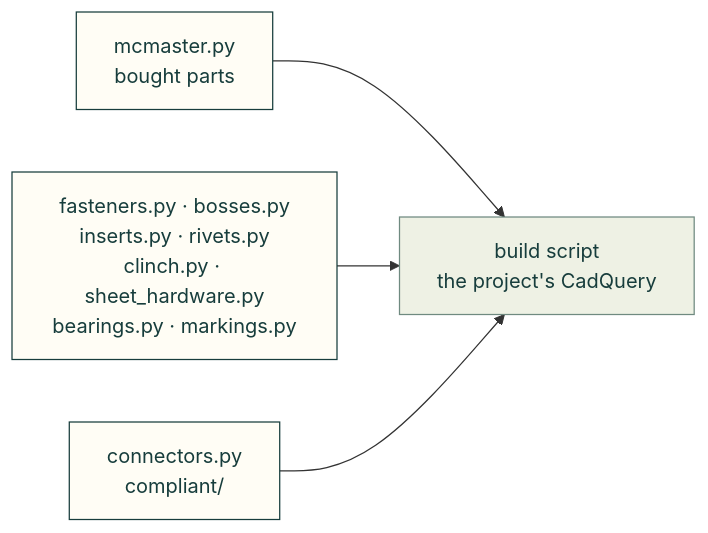
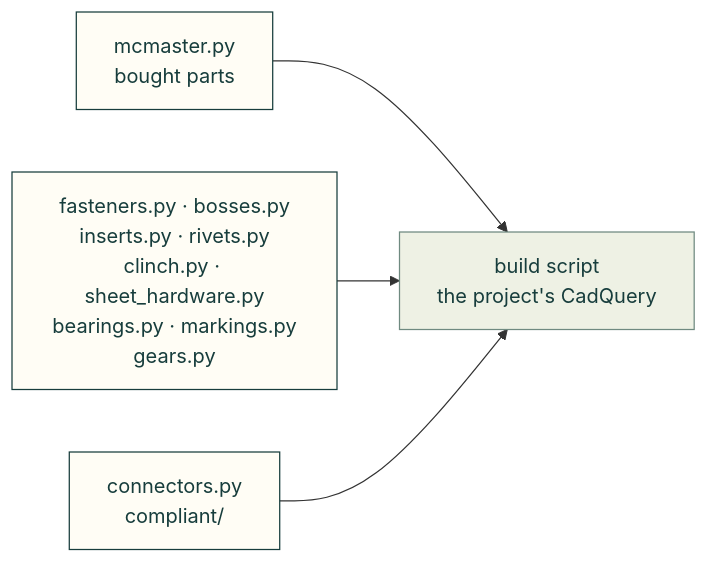
One commit to Valpatel/cad-agent changed the second of 4 diagrams in software/cadagent/mechanical/README.md. Above: the diagram before and after it, drawn with Mermaid. The commit also changed other lines of this file and 8 other files, not shown here.

````diff
--- a/software/cadagent/mechanical/README.md
+++ b/software/cadagent/mechanical/README.md
@@ -30,13 +30,13 @@
 ```mermaid
 flowchart LR
     MC["mcmaster.py<br/>bought parts"]
-    FK["fasteners.py · bosses.py<br/>inserts.py · rivets.py<br/>clinch.py · sheet_hardware.py<br/>bearings.py · markings.py"]
+    FK["fasteners.py · bosses.py<br/>inserts.py · rivets.py<br/>clinch.py · sheet_hardware.py<br/>bearings.py · markings.py<br/>gears.py"]
     CC["connectors.py<br/>compliant/"]
     B["build script<br/>the project's CadQuery"]
     MC & FK & CC --> B
     classDef here fill:#fffdf5,stroke:#173d3c,color:#173d3c
     classDef near fill:#eef1e4,stroke:#6f8a80,color:#173d3c
     classDef out fill:#ffe1cc,stroke:#bd3a12,color:#173d3c
     class MC,FK,CC here
     class B near
 ```
````
